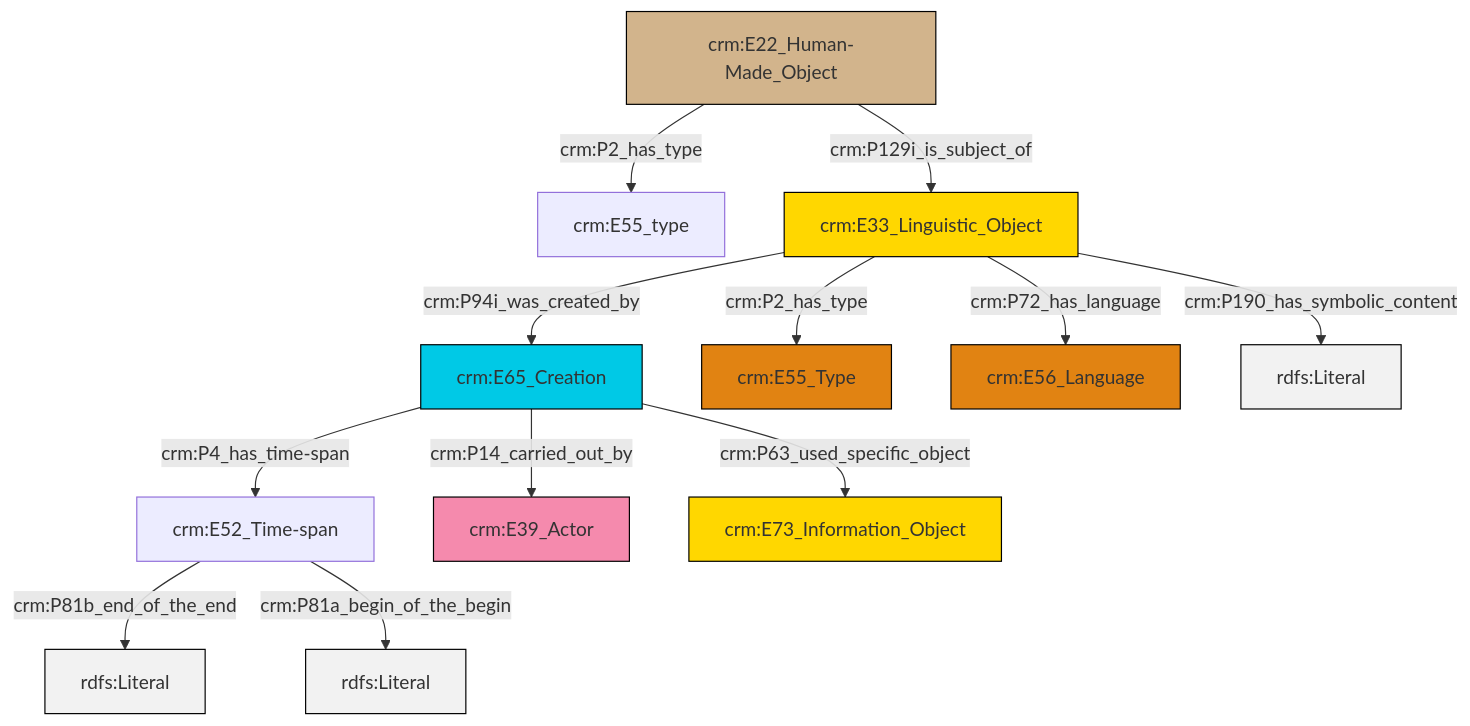
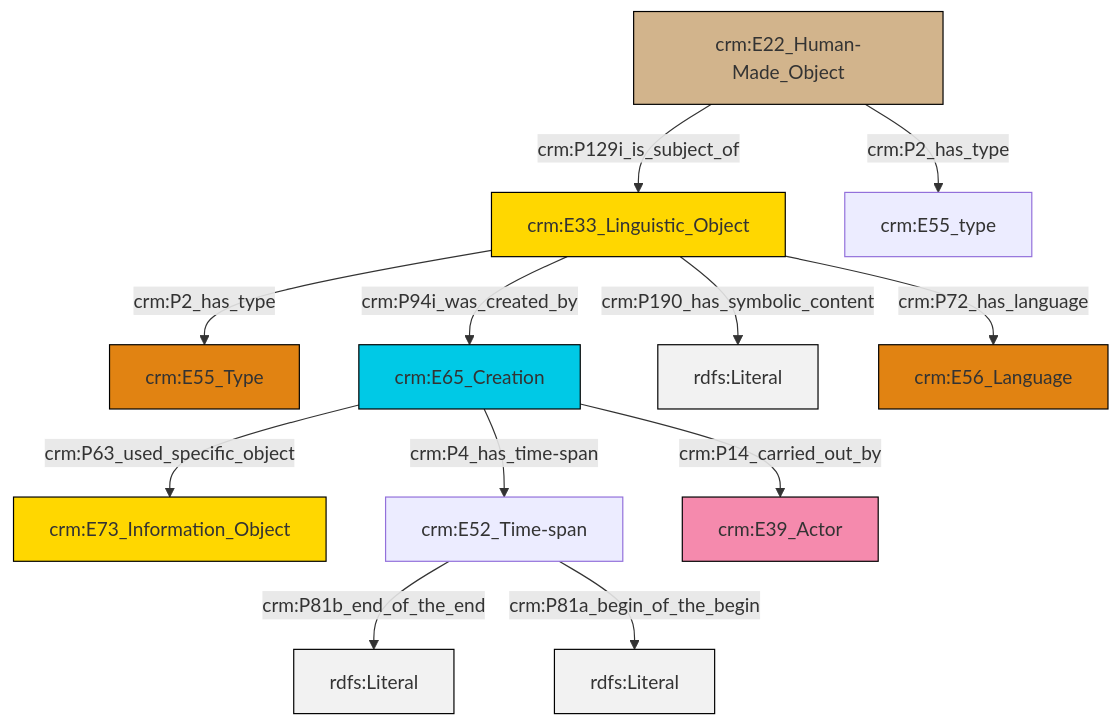
One commit to swiss-art-research-net/docs.swissartresearch changed the diagram in et/builtWorkCSV/ttl/mmd/Built_Work_description.ttl.mmd. Above: the diagram before and after it, drawn with Mermaid. The commit also changed 177 other files, not shown here.

```diff
--- a/et/builtWorkCSV/ttl/mmd/Built_Work_description.ttl.mmd
+++ b/et/builtWorkCSV/ttl/mmd/Built_Work_description.ttl.mmd
@@ -1,26 +1,26 @@
 graph TD
 classDef Literal fill:#f2f2f2,stroke:#000000;
 classDef CRM_Entity fill:#FFFFFF,stroke:#000000;
 classDef Temporal_Entity fill:#00C9E6, stroke:#000000;
 classDef Type fill:#E18312, stroke:#000000;
 classDef Time-Span fill:#2C9C91, stroke:#000000;
 classDef Appellation fill:#FFEB7F, stroke:#000000;
 classDef Place fill:#008836, stroke:#000000;
 classDef Persistent_Item fill:#B266B2, stroke:#000000;
 classDef Conceptual_Object fill:#FFD700, stroke:#000000;
 classDef Physical_Thing fill:#D2B48C, stroke:#000000;
 classDef Actor fill:#f58aad, stroke:#000000;
 classDef PC_Classes fill:#4ce600, stroke:#000000;
 classDef Multi fill:#cccccc,stroke:#000000;
 
-0["crm:E65_Creation"]:::Temporal_Entity -->|crm:P4_has_time-span| 1["crm:E52_Time-span"]:::Default
-0["crm:E65_Creation"]:::Temporal_Entity -->|crm:P14_carried_out_by| 2["crm:E39_Actor"]:::Actor
-3["crm:E22_Human-Made_Object"]:::Physical_Thing -->|crm:P2_has_type| 4["crm:E55_type"]:::Default
-3["crm:E22_Human-Made_Object"]:::Physical_Thing -->|crm:P129i_is_subject_of| 5["crm:E33_Linguistic_Object"]:::Conceptual_Object
-5["crm:E33_Linguistic_Object"]:::Conceptual_Object -->|crm:P2_has_type| 6["crm:E55_Type"]:::Type
-5["crm:E33_Linguistic_Object"]:::Conceptual_Object -->|crm:P72_has_language| 7["crm:E56_Language"]:::Type
-5["crm:E33_Linguistic_Object"]:::Conceptual_Object -->|crm:P94i_was_created_by| 0["crm:E65_Creation"]:::Temporal_Entity
-1["crm:E52_Time-span"]:::Default -->|crm:P81b_end_of_the_end| 8[rdfs:Literal]:::Literal
-5["crm:E33_Linguistic_Object"]:::Conceptual_Object -->|crm:P190_has_symbolic_content| 9[rdfs:Literal]:::Literal
-0["crm:E65_Creation"]:::Temporal_Entity -->|crm:P63_used_specific_object| 10["crm:E73_Information_Object"]:::Conceptual_Object
-1["crm:E52_Time-span"]:::Default -->|crm:P81a_begin_of_the_begin| 20[rdfs:Literal]:::Literal
+8["crm:E33_Linguistic_Object"]:::Conceptual_Object -->|crm:P94i_was_created_by| 9["crm:E65_Creation"]:::Temporal_Entity
+9["crm:E65_Creation"]:::Temporal_Entity -->|crm:P63_used_specific_object| 2["crm:E73_Information_Object"]:::Conceptual_Object
+8["crm:E33_Linguistic_Object"]:::Conceptual_Object -->|crm:P190_has_symbolic_content| 11[rdfs:Literal]:::Literal
+8["crm:E33_Linguistic_Object"]:::Conceptual_Object -->|crm:P72_has_language| 12["crm:E56_Language"]:::Type
+4["crm:E52_Time-span"]:::Default -->|crm:P81b_end_of_the_end| 15[rdfs:Literal]:::Literal
+13["crm:E22_Human-Made_Object"]:::Physical_Thing -->|crm:P2_has_type| 16["crm:E55_type"]:::Default
+9["crm:E65_Creation"]:::Temporal_Entity -->|crm:P14_carried_out_by| 6["crm:E39_Actor"]:::Actor
+9["crm:E65_Creation"]:::Temporal_Entity -->|crm:P4_has_time-span| 4["crm:E52_Time-span"]:::Default
+13["crm:E22_Human-Made_Object"]:::Physical_Thing -->|crm:P129i_is_subject_of| 8["crm:E33_Linguistic_Object"]:::Conceptual_Object
+8["crm:E33_Linguistic_Object"]:::Conceptual_Object -->|crm:P2_has_type| 0["crm:E55_Type"]:::Type
+4["crm:E52_Time-span"]:::Default -->|crm:P81a_begin_of_the_begin| 20[rdfs:Literal]:::Literal
```
